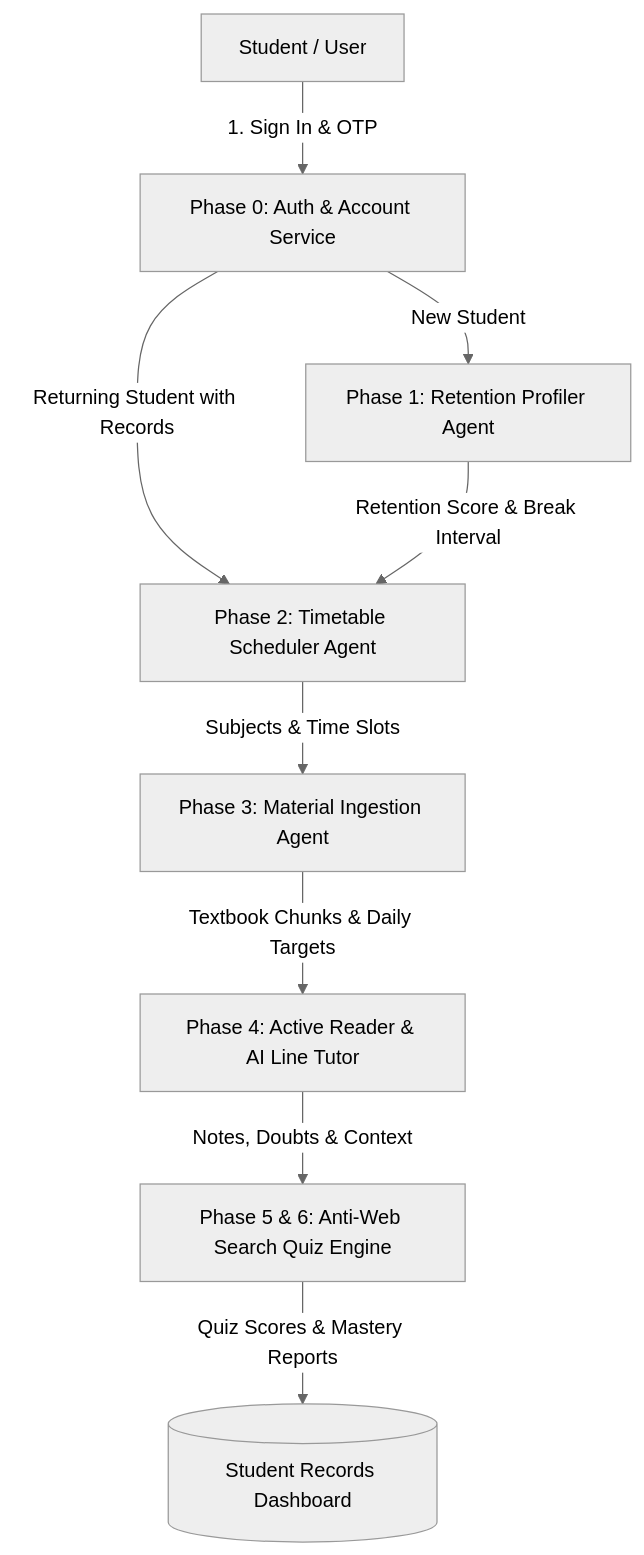
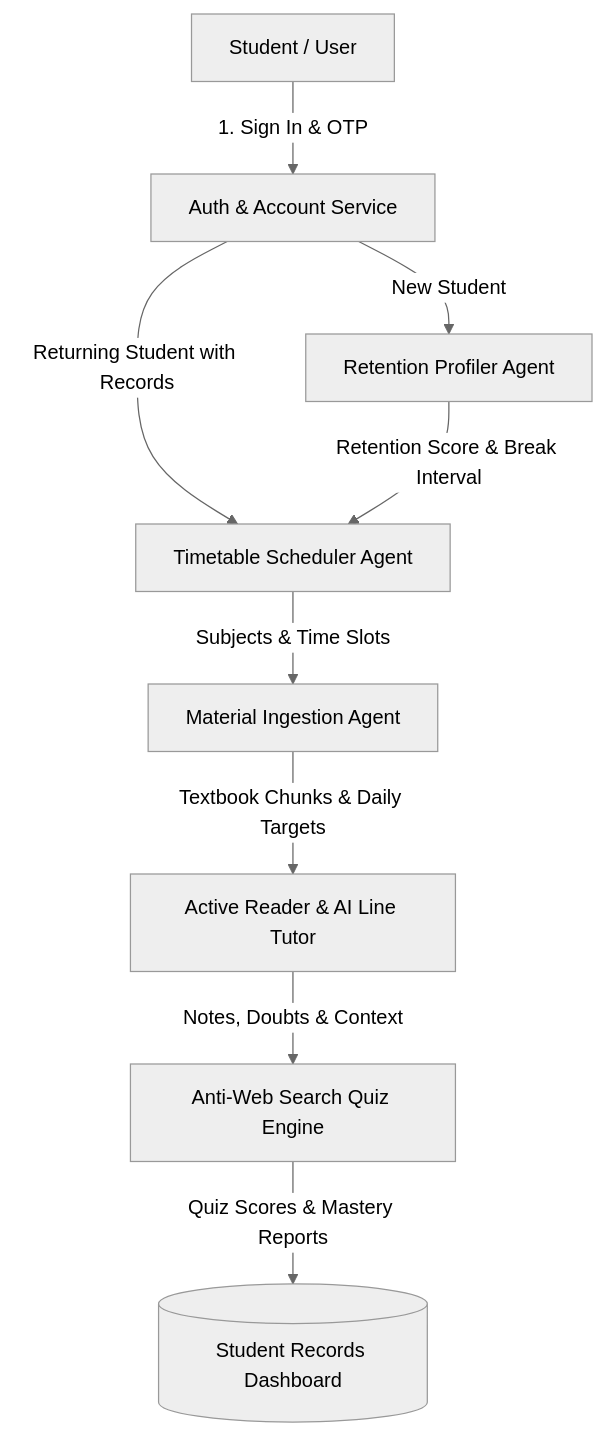
The diagram in README.md (VikasHiremath14/study-prep-ai), drawn with Mermaid (neutral theme) before and after one commit. The commit also changed other lines of this file and 1 other file, not shown here.

Commit message:
docs: enrich README with full system architecture, API endpoints, and setup guide

````diff
--- a/README.md
+++ b/README.md
@@ -42,11 +41,11 @@
 ```mermaid
 graph TD
-    A[Student / User] -->|1. Sign In &amp; OTP| B[Phase 0: Auth &amp; Account Service]
-    B -->|New Student| C[Phase 1: Retention Profiler Agent]
-    B -->|Returning Student with Records| D[Phase 2: Timetable Scheduler Agent]
-    C -->|Retention Score &amp; Break Interval| D
-    D -->|Subjects &amp; Time Slots| E[Phase 3: Material Ingestion Agent]
-    E -->|Textbook Chunks &amp; Daily Targets| F[Phase 4: Active Reader &amp; AI Line Tutor]
-    F -->|Notes, Doubts &amp; Context| G[Phase 5 &amp; 6: Anti-Web Search Quiz Engine]
-    G -->|Quiz Scores &amp; Mastery Reports| H[(Student Records Dashboard)]
+    A[Student / User] -->|1. Sign In & OTP| B[Auth & Account Service]
+    B -->|New Student| C[Retention Profiler Agent]
+    B -->|Returning Student with Records| D[Timetable Scheduler Agent]
+    C -->|Retention Score & Break Interval| D
+    D -->|Subjects & Time Slots| E[Material Ingestion Agent]
+    E -->|Textbook Chunks & Daily Targets| F[Active Reader & AI Line Tutor]
+    F -->|Notes, Doubts & Context| G[Anti-Web Search Quiz Engine]
+    G -->|Quiz Scores & Mastery Reports| H[(Student Records Dashboard)]
 ```
````
